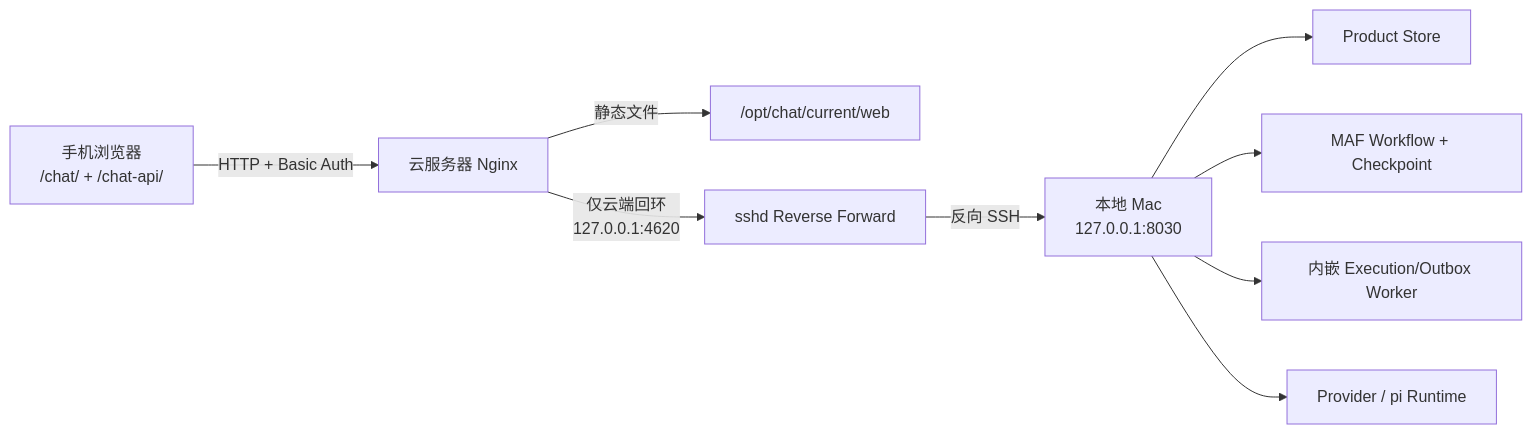
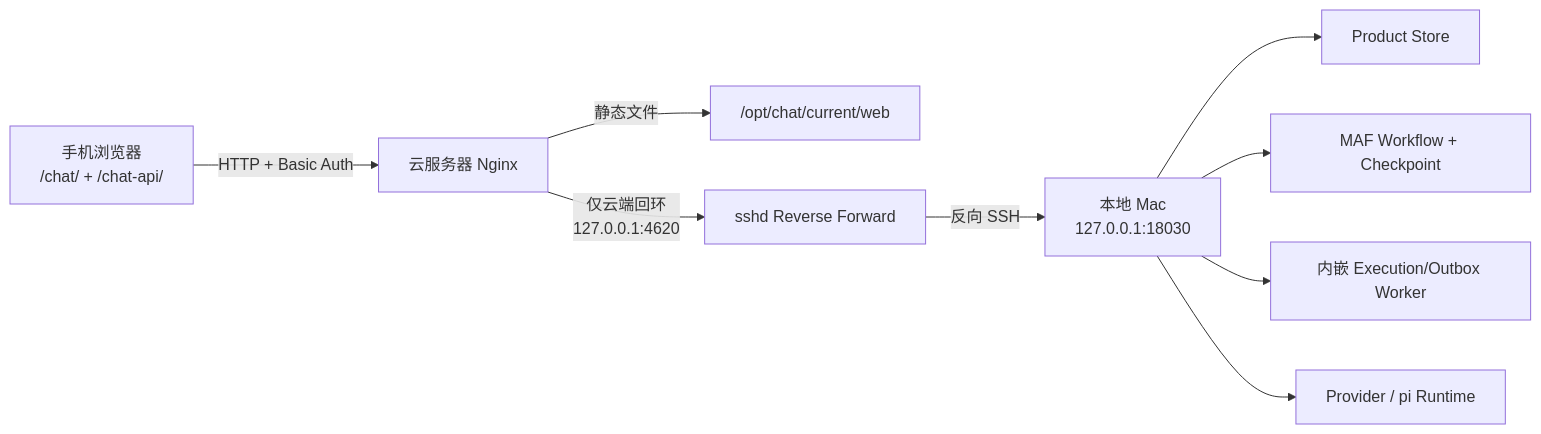
One commit to later-3/Chat changed the diagram in docs/mobile-cloud-relay.md. Above: the diagram before and after it, drawn with Mermaid. The commit also changed other lines of this file and 48 other files, not shown here.

````diff
--- a/docs/mobile-cloud-relay.md
+++ b/docs/mobile-cloud-relay.md
@@ -41,11 +41,11 @@
 ```mermaid
 flowchart LR
     Phone["手机浏览器<br/>/chat/ + /chat-api/"] -->|"HTTP + Basic Auth"| Nginx["云服务器 Nginx"]
     Nginx -->|"静态文件"| Web["/opt/chat/current/web"]
     Nginx -->|"仅云端回环<br/>127.0.0.1:4620"| SSHD["sshd Reverse Forward"]
-    SSHD -->|"反向 SSH"| Backend["本地 Mac<br/>127.0.0.1:8030"]
+    SSHD -->|"反向 SSH"| Backend["本地 Mac<br/>127.0.0.1:18030"]
     Backend --> Product["Product Store"]
     Backend --> MAF["MAF Workflow + Checkpoint"]
     Backend --> Worker["内嵌 Execution/Outbox Worker"]
     Backend --> Provider["Provider / pi Runtime"]
 ```
````
